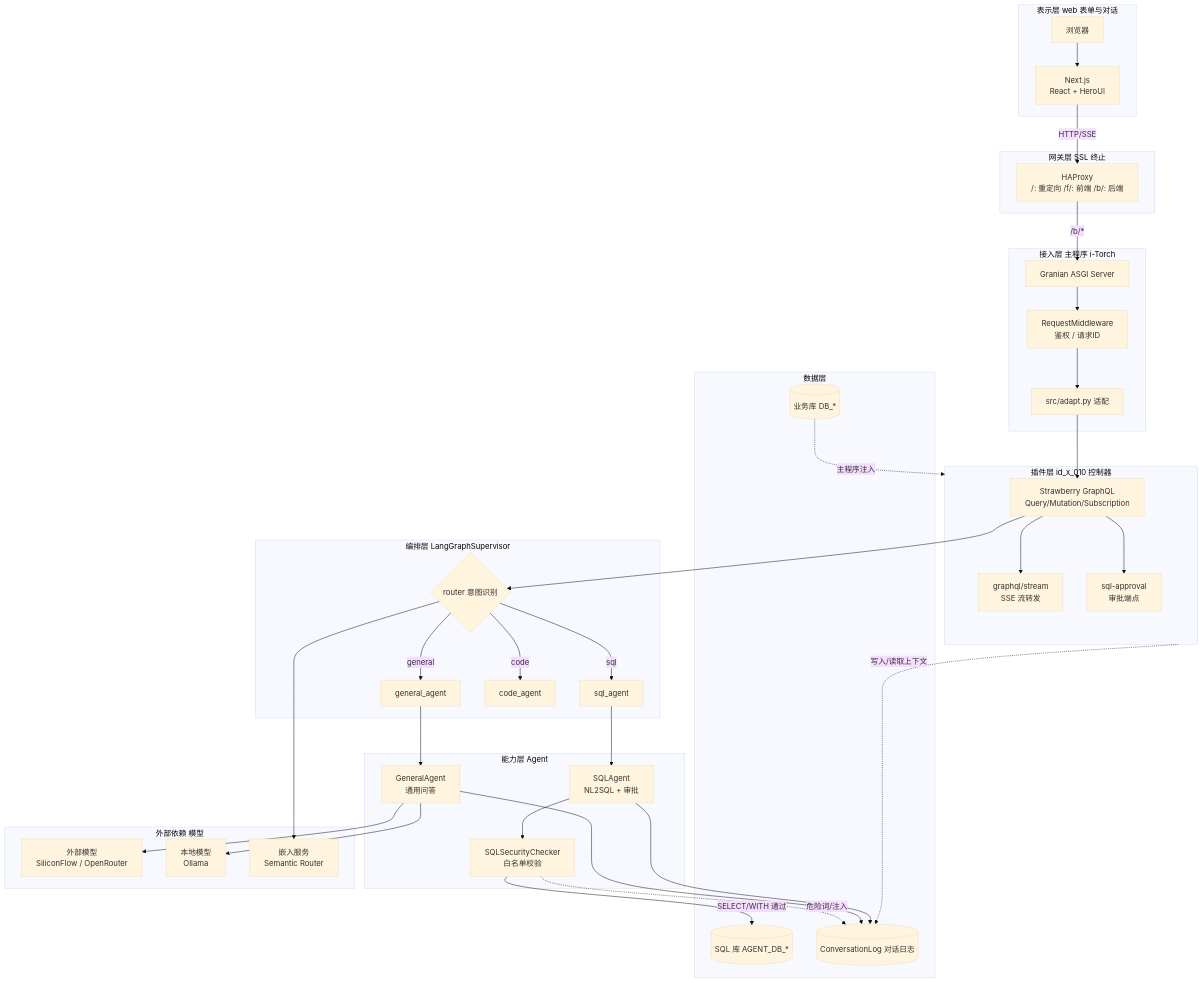
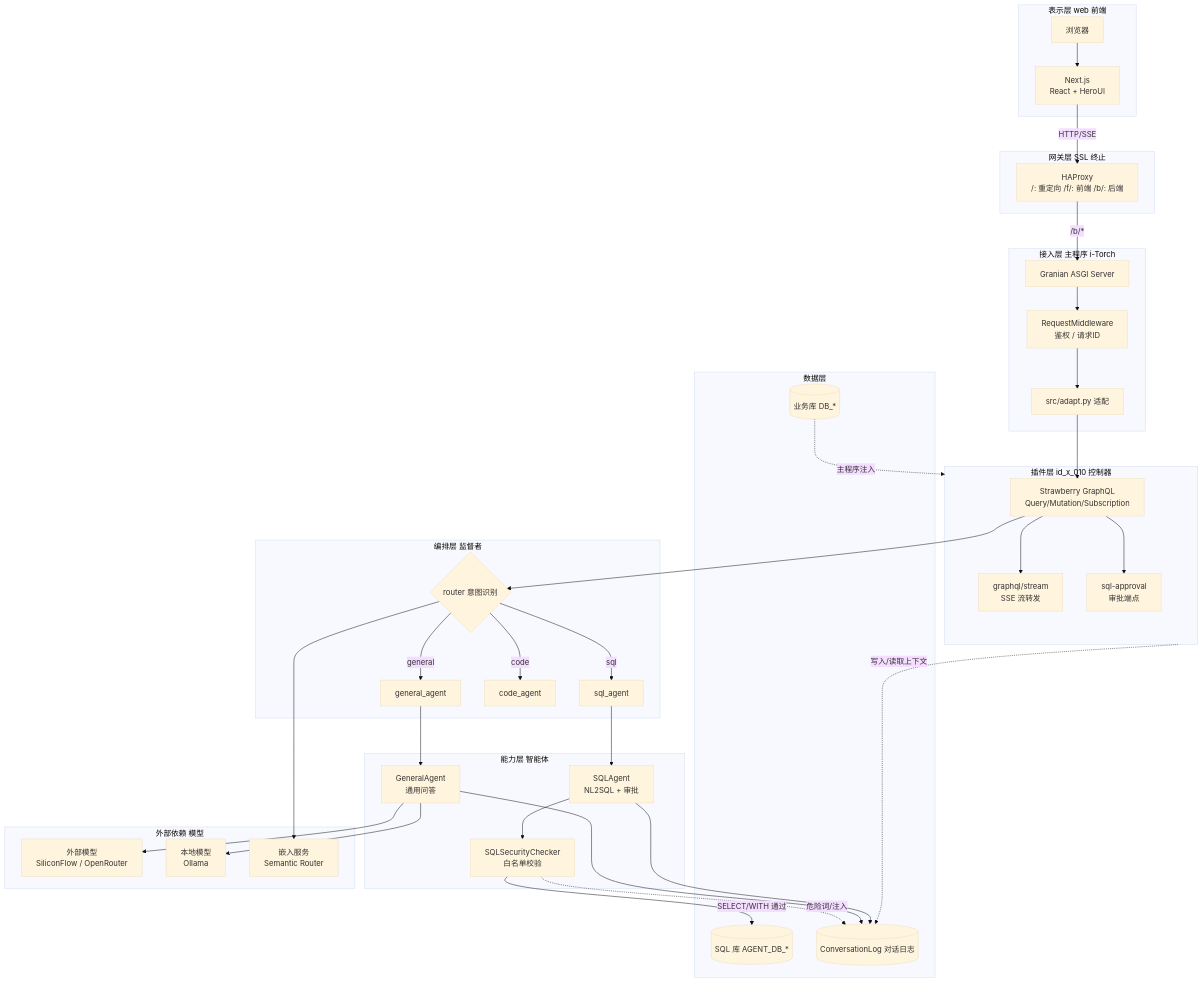
Before and after one commit to i-TorchLabs/id_x_010: the first of 2 diagrams in README.md, drawn with Mermaid (base theme). The commit also changed other lines of this file, not shown here.

````diff
--- a/README.md
+++ b/README.md
@@ -63,70 +65,70 @@
 ```mermaid
 graph TB
-  subgraph L1[表示层 web 表单与对话]
+  subgraph L1[表示层 web 前端]
     Browser[浏览器]
     NextJS["Next.js<br/>React + HeroUI"]
   end
 
   subgraph L2[网关层 SSL 终止]
     HAProxy[HAProxy<br/>/: 重定向 /f/: 前端 /b/: 后端]
   end
 
   subgraph L3[接入层 主程序 i-Torch]
     Granian[Granian ASGI Server]
     MW[RequestMiddleware<br/>鉴权 / 请求ID]
-    Adapt[src/adapt.py 适配]
+    Adapt["src/adapt.py 适配"]
   end
 
   subgraph L4[插件层 id_x_010 控制器]
     GQL[Strawberry GraphQL<br/>Query/Mutation/Subscription]
     SSE[graphql/stream<br/>SSE 流转发]
     Approve[sql-approval<br/>审批端点]
   end
 
-  subgraph L5[编排层 LangGraphSupervisor]
+  subgraph L5[编排层 监督者]
     Router{router 意图识别}
     Router -->|general| GenA[general_agent]
     Router -->|sql| SqlA[sql_agent]
     Router -->|code| CodeA[code_agent]
   end
 
-  subgraph L6[能力层 Agent]
+  subgraph L6[能力层 智能体]
     General[GeneralAgent<br/>通用问答]
     SQLAgent["SQLAgent<br/>NL2SQL + 审批"]
     SACheck[SQLSecurityChecker<br/>白名单校验]
   end
 
   subgraph L7[数据层]
     BizDB[(业务库 DB_*)]
     AgentDB[(SQL 库 AGENT_DB_*)]
     ConvLog[(ConversationLog 对话日志)]
   end
 
   subgraph L8[外部依赖 模型]
     Ext[外部模型<br/>SiliconFlow / OpenRouter]
     Local[本地模型<br/>Ollama]
     Emb[嵌入服务<br/>Semantic Router]
   end
 
   Browser --> NextJS
   NextJS -->|HTTP/SSE| HAProxy
   HAProxy -->|/b/*| Granian
   Granian --> MW
   MW --> Adapt
   Adapt --> GQL
   GQL --> SSE
   GQL --> Approve
   GQL --> Router
   GenA --> General
   SqlA --> SQLAgent
   SQLAgent --> SACheck
   SACheck -->|SELECT/WITH 通过| AgentDB
   SACheck -.->|危险词/注入| ConvLog
   General --> ConvLog
   SQLAgent --> ConvLog
   General --> Ext
   General --> Local
   Router --> Emb
   L4 -.->|写入/读取上下文| ConvLog
   BizDB -.->|主程序注入| L4
 ```
````
